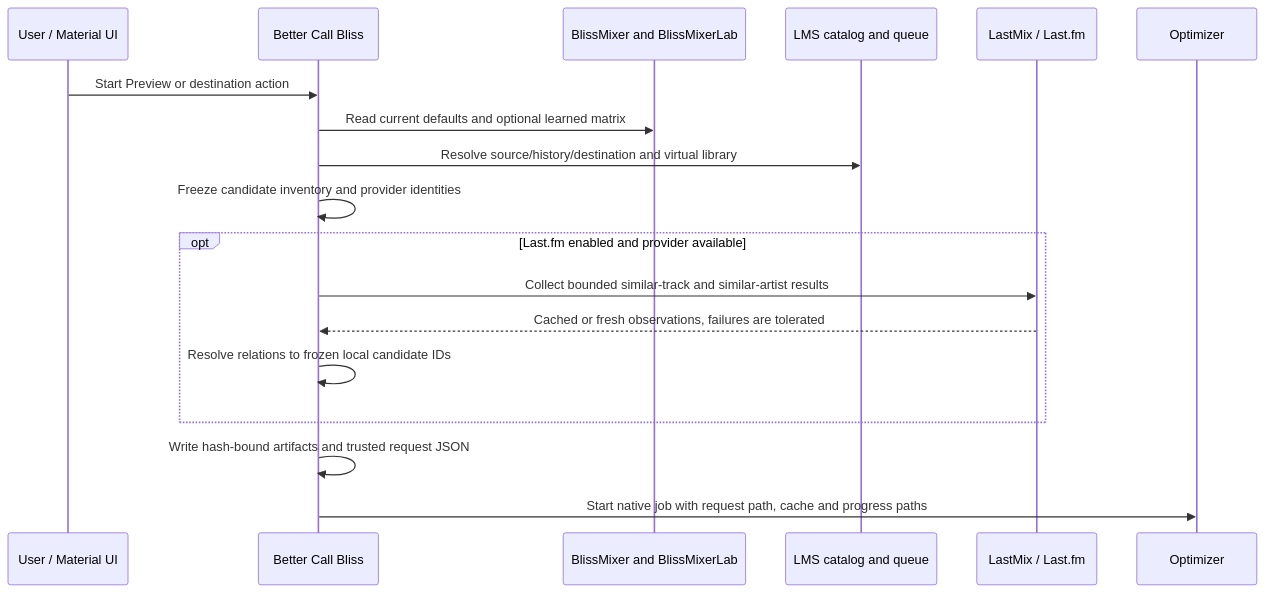
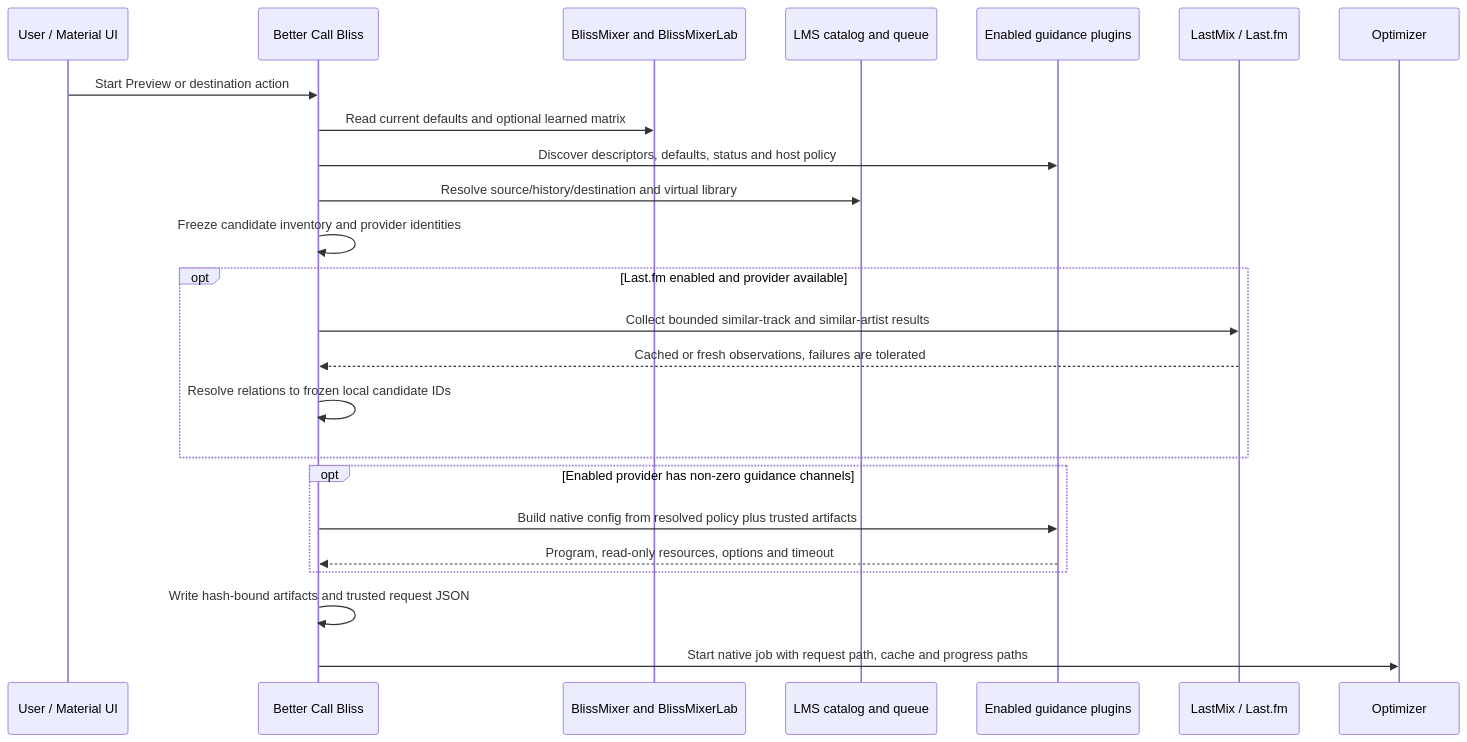
Before and after one commit to chrober/lms-better-call-bliss: the second of 6 diagrams in docs/GUIDANCE_DATA_FLOW.md, drawn with Mermaid. The commit also changed other lines of this file and 2 other files, not shown here.

Commit message:
docs: describe discovered library guidance providers

````diff
--- a/docs/GUIDANCE_DATA_FLOW.md
+++ b/docs/GUIDANCE_DATA_FLOW.md
@@ -91,21 +96,27 @@
 ```mermaid
 sequenceDiagram
     participant UI as User / Material UI
     participant B as Better Call Bliss
     participant M as BlissMixer and BlissMixerLab
     participant L as LMS catalog and queue
+    participant G as Enabled guidance plugins
     participant X as LastMix / Last.fm
     participant O as Optimizer
 
     UI->>B: Start Preview or destination action
     B->>M: Read current defaults and optional learned matrix
+    B->>G: Discover descriptors, defaults, status and host policy
     B->>L: Resolve source/history/destination and virtual library
     B->>B: Freeze candidate inventory and provider identities
     opt Last.fm enabled and provider available
         B->>X: Collect bounded similar-track and similar-artist results
         X-->>B: Cached or fresh observations, failures are tolerated
         B->>B: Resolve relations to frozen local candidate IDs
     end
+    opt Enabled provider has non-zero guidance channels
+        B->>G: Build native config from resolved policy plus trusted artifacts
+        G-->>B: Program, read-only resources, options and timeout
+    end
     B->>B: Write hash-bound artifacts and trusted request JSON
     B->>O: Start native job with request path, cache and progress paths
 ```
````
